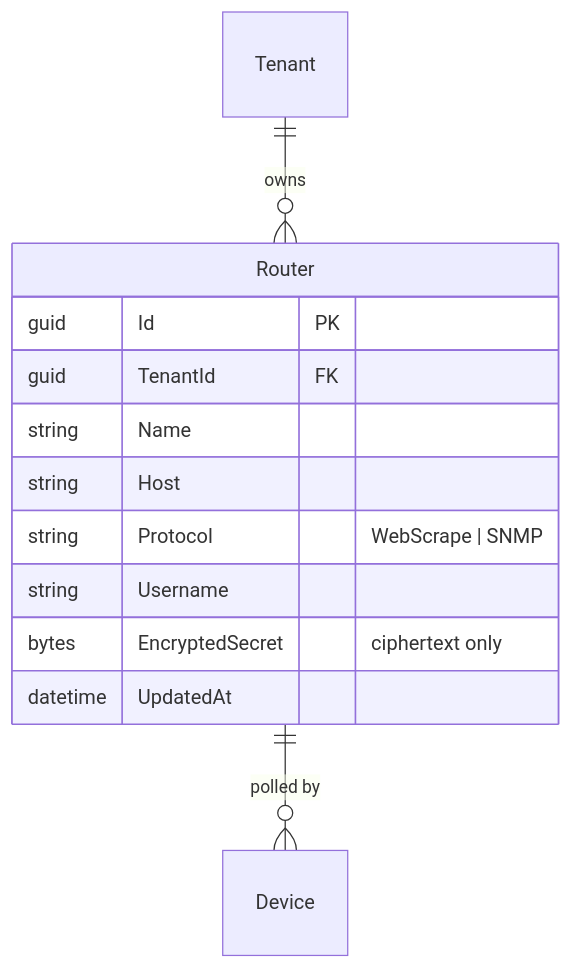
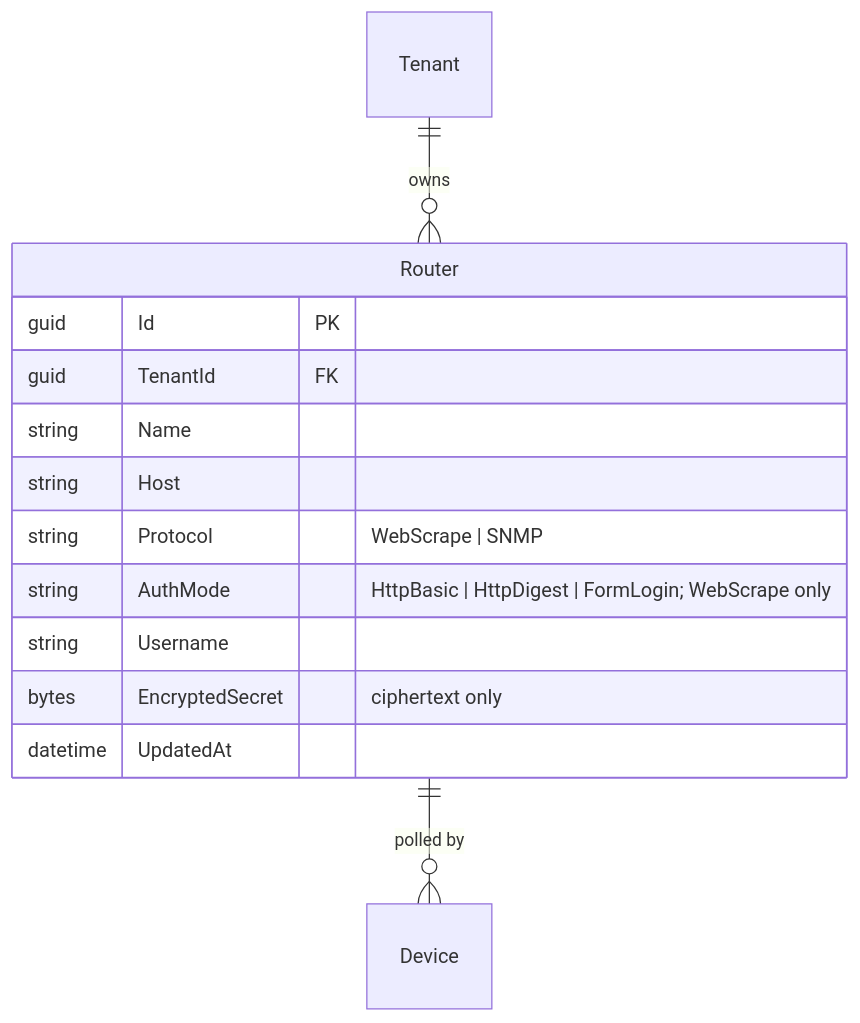
The first of 2 diagrams in docs/architecture/15-router-credentials.md (dzaba1/HomeSecurity), drawn with Mermaid before and after one commit. The commit also changed other lines of this file, not shown here.

First line of the commit message:
Refine router credential design with a concrete HTTP auth mode

````diff
--- a/docs/architecture/15-router-credentials.md
+++ b/docs/architecture/15-router-credentials.md
@@ -39,16 +65,17 @@
 ```mermaid
 erDiagram
   Tenant ||--o{ Router : owns
   Router ||--o{ Device : "polled by"
 
   Router {
     guid Id PK
     guid TenantId FK
     string Name
     string Host
     string Protocol "WebScrape | SNMP"
+    string AuthMode "HttpBasic | HttpDigest | FormLogin; WebScrape only"
     string Username
     bytes EncryptedSecret "ciphertext only"
     datetime UpdatedAt
   }
 ```
````
